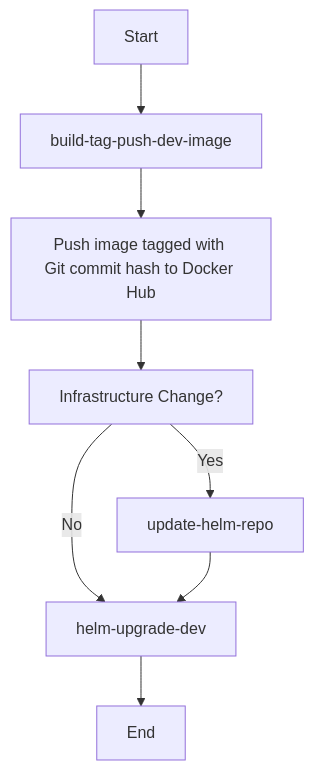
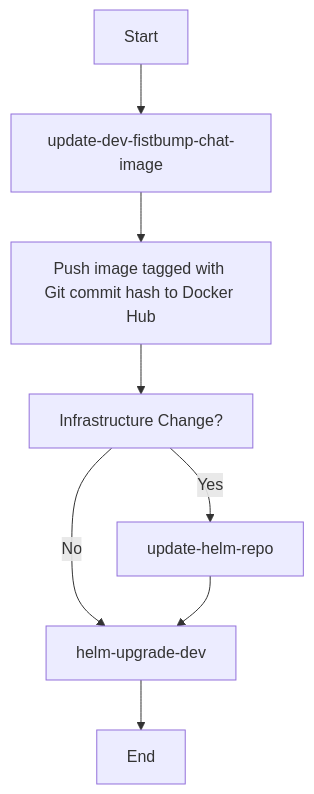
The diagram in docs/ci.md (titan-syndicate/glowing-system), drawn with Mermaid before and after one commit. The commit also changed other lines of this file and 4 other files, not shown here.

Commit message:
some more file renames on the workflows and fix the deployment so it uses the appVersion from the Chart.yaml as its image tag

````diff
--- a/docs/ci.md
+++ b/docs/ci.md
@@ -40,11 +40,11 @@
 ```mermaid
 graph TD
-    A[Start] --> B[build-tag-push-dev-image]
+    A[Start] --> B[update-dev-fistbump-chat-image]
     B --> C[Push image tagged with Git commit hash to Docker Hub]
     D[Infrastructure Change?]
     C --> D
     D -- Yes --> E[update-helm-repo]
     D -- No --> F[helm-upgrade-dev]
     E --> F
     F --> G[End]
 ```
````
